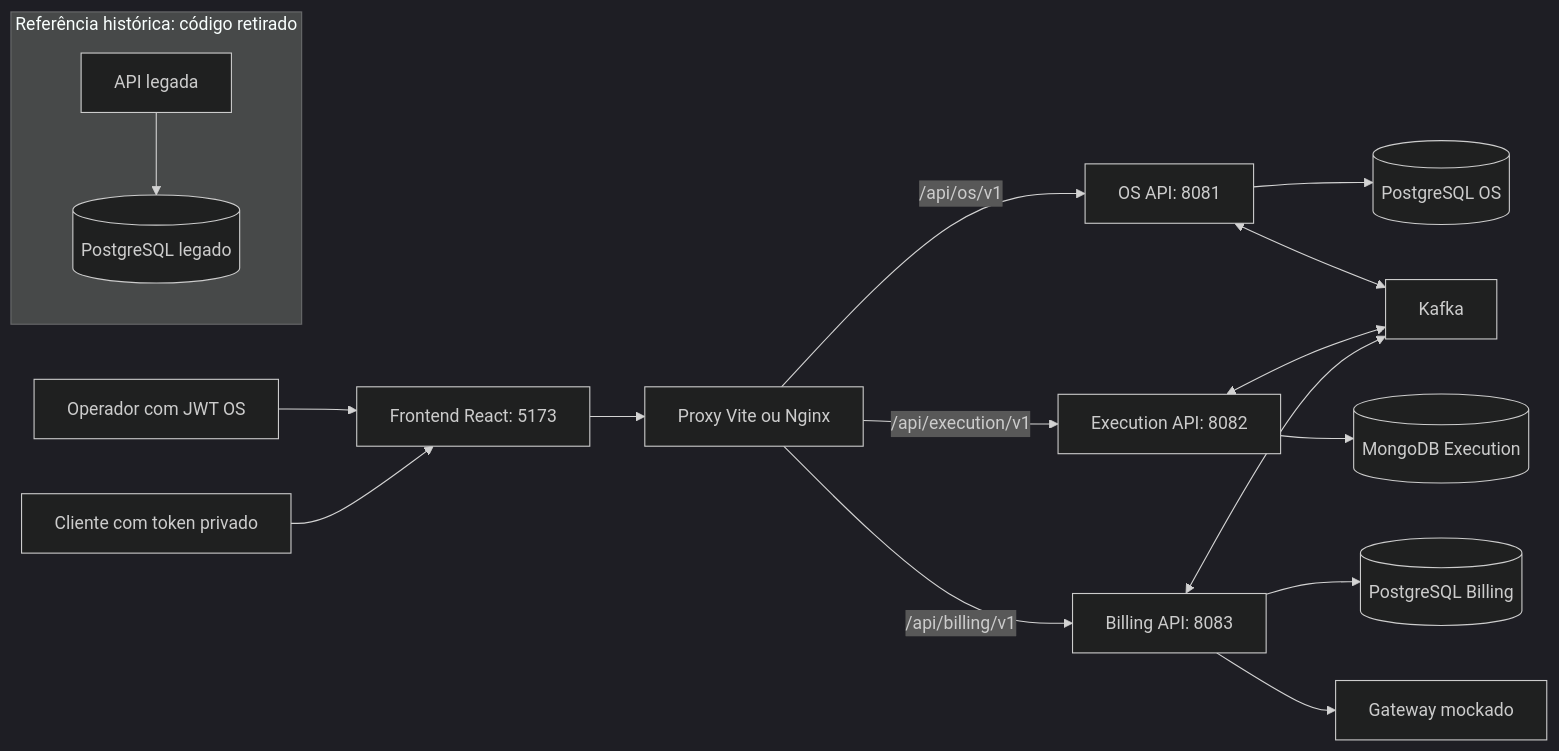
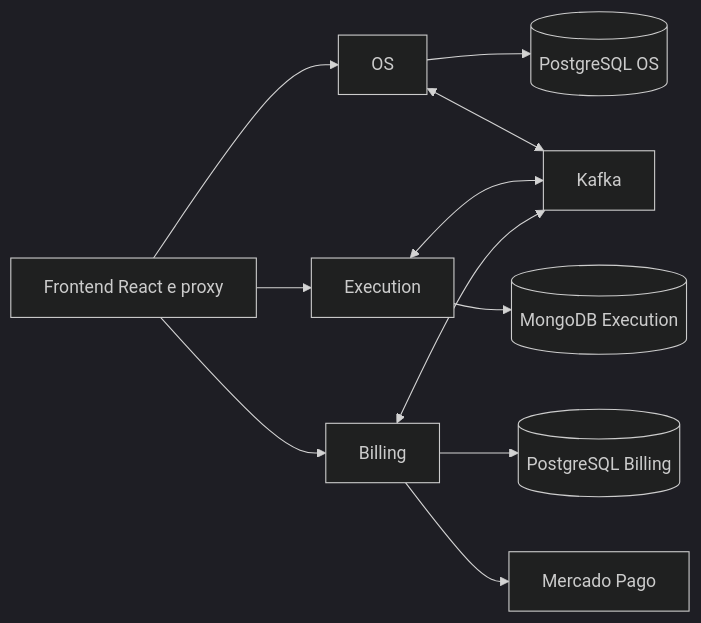
The first of 3 diagrams in docs/arquitetura/README.md (Maieru/fiap-tech-challenge), drawn with Mermaid (dark theme) before and after one commit. The commit also changed other lines of this file and 80 other files, not shown here.

````diff
--- a/docs/arquitetura/README.md
+++ b/docs/arquitetura/README.md
@@ -14,19 +7,13 @@
 ```mermaid
 flowchart LR
-    Operador[Operador com JWT OS] --> Frontend[Frontend React: 5173]
-    Cliente[Cliente com token privado] --> Frontend
-    Frontend --> Proxy[Proxy Vite ou Nginx]
-    Proxy -->|/api/os/v1| OS[OS API: 8081]
-    Proxy -->|/api/execution/v1| Execution[Execution API: 8082]
-    Proxy -->|/api/billing/v1| Billing[Billing API: 8083]
-    OS --> DBOS[(PostgreSQL OS)]
-    Execution --> Mongo[(MongoDB Execution)]
-    Billing --> DBBilling[(PostgreSQL Billing)]
+    Frontend[Frontend React e proxy] --> OS[OS]
+    Frontend --> Execution[Execution]
+    Frontend --> Billing[Billing]
+    OS --> BancoOS[(PostgreSQL OS)]
+    Execution --> BancoExecution[(MongoDB Execution)]
+    Billing --> BancoBilling[(PostgreSQL Billing)]
     OS <--> Kafka
     Execution <--> Kafka
     Billing <--> Kafka
-    Billing --> Mock[Gateway mockado]
-    subgraph LegadoSeparado[Referência histórica: código retirado]
-        Legado[API legada] --> DBLegado[(PostgreSQL legado)]
-    end
+    Billing --> MercadoPago[Mercado Pago]
 ```
````
